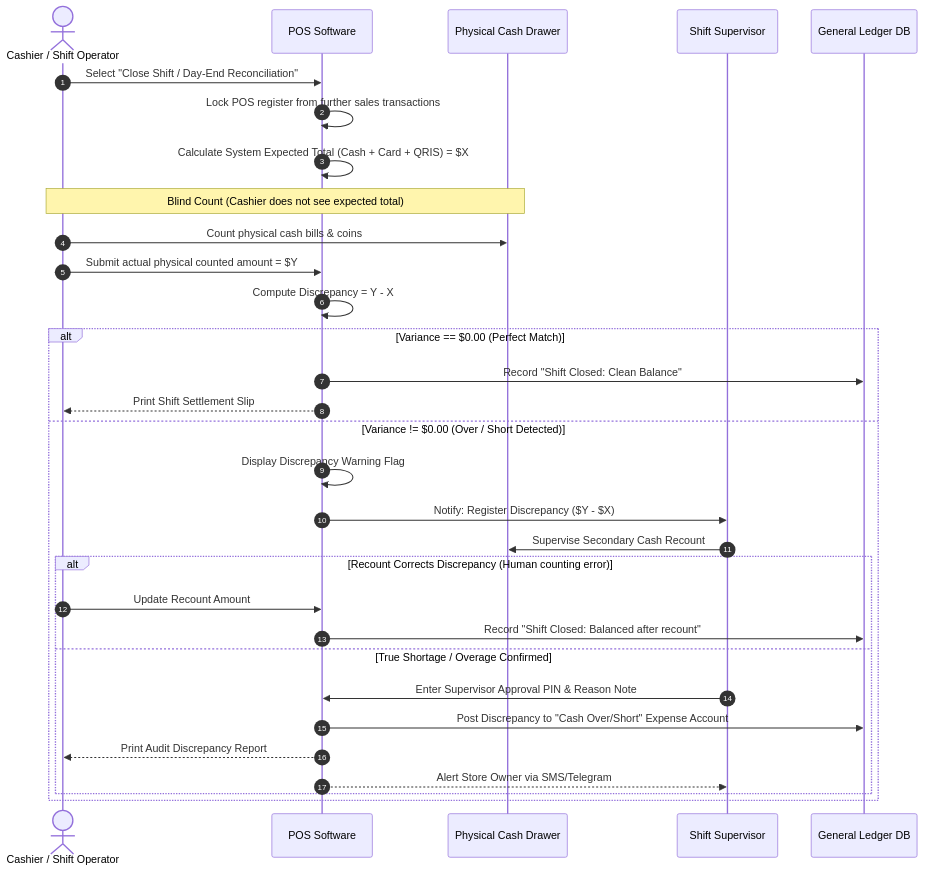
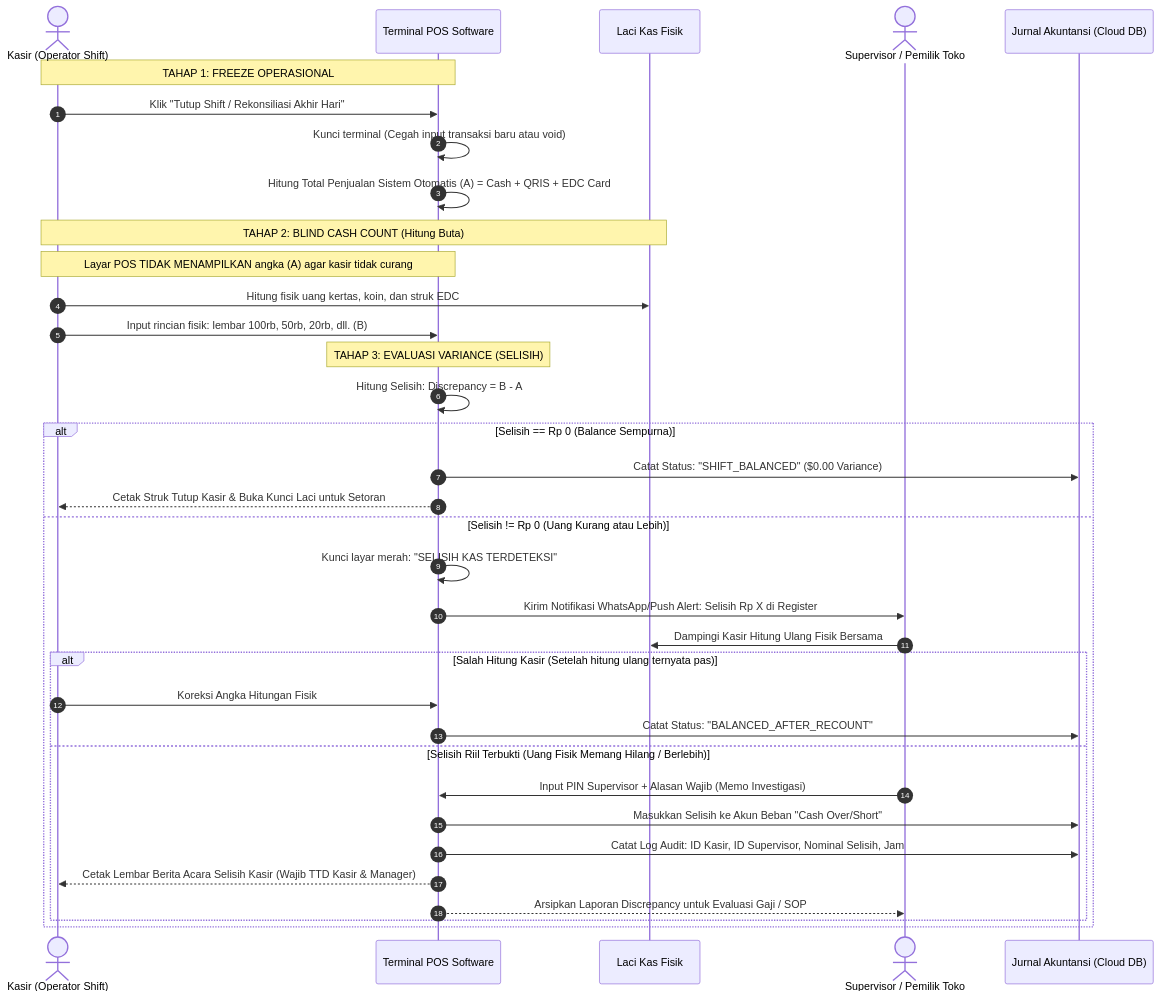
The diagram in 01-retail-and-pos/pos-daily-reconciliation.md (reviveproject4-source/visual-business-flows), drawn with Mermaid before and after one commit. The commit also changed other lines of this file and 4 other files, not shown here.

````diff
--- a/01-retail-and-pos/pos-daily-reconciliation.md
+++ b/01-retail-and-pos/pos-daily-reconciliation.md
@@ -10,36 +21,42 @@
 ```mermaid
 sequenceDiagram
     autonumber
-    actor Cashier as Cashier / Shift Operator
-    participant POS as POS Software
-    participant Drawer as Physical Cash Drawer
-    participant Manager as Shift Supervisor
-    participant Accounting as General Ledger DB
+    actor Cashier as Kasir (Operator Shift)
+    participant POS as Terminal POS Software
+    participant Drawer as Laci Kas Fisik
+    actor Manager as Supervisor / Pemilik Toko
+    participant Accounting as Jurnal Akuntansi (Cloud DB)
 
-    Cashier->>POS: Select "Close Shift / Day-End Reconciliation"
-    POS->>POS: Lock POS register from further sales transactions
-    POS->>POS: Calculate System Expected Total (Cash + Card + QRIS) = $X
+    Note over Cashier,POS: TAHAP 1: FREEZE OPERASIONAL
+    Cashier->>POS: Klik "Tutup Shift / Rekonsiliasi Akhir Hari"
+    POS->>POS: Kunci terminal (Cegah input transaksi baru atau void)
+    POS->>POS: Hitung Total Penjualan Sistem Otomatis (A) = Cash + QRIS + EDC Card
     
-    Note over Cashier,Drawer: Blind Count (Cashier does not see expected total)
-    Cashier->>Drawer: Count physical cash bills & coins
-    Cashier->>POS: Submit actual physical counted amount = $Y
+    Note over Cashier,Drawer: TAHAP 2: BLIND CASH COUNT (Hitung Buta)
+    Note over Cashier,POS: Layar POS TIDAK MENAMPILKAN angka (A) agar kasir tidak curang
+    Cashier->>Drawer: Hitung fisik uang kertas, koin, dan struk EDC
+    Cashier->>POS: Input rincian fisik: lembar 100rb, 50rb, 20rb, dll. (B)
     
-    POS->>POS: Compute Discrepancy = Y - X
-    alt Variance == $0.00 (Perfect Match)
-        POS->>Accounting: Record "Shift Closed: Clean Balance"
-        POS-->>Cashier: Print Shift Settlement Slip
-    else Variance != $0.00 (Over / Short Detected)
-        POS->>POS: Display Discrepancy Warning Flag
-        POS->>Manager: Notify: Register Discrepancy ($Y - $X)
-        Manager->>Drawer: Supervise Secondary Cash Recount
-        alt Recount Corrects Discrepancy (Human counting error)
-            Cashier->>POS: Update Recount Amount
-            POS->>Accounting: Record "Shift Closed: Balanced after recount"
-        else True Shortage / Overage Confirmed
-            Manager->>POS: Enter Supervisor Approval PIN & Reason Note
-            POS->>Accounting: Post Discrepancy to "Cash Over/Short" Expense Account
-            POS-->>Cashier: Print Audit Discrepancy Report
-            POS-->>Manager: Alert Store Owner via SMS/Telegram
+    Note over POS: TAHAP 3: EVALUASI VARIANCE (SELISIH)
+    POS->>POS: Hitung Selisih: Discrepancy = B - A
+    
+    alt Selisih == Rp 0 (Balance Sempurna)
+        POS->>Accounting: Catat Status: "SHIFT_BALANCED" ($0.00 Variance)
+        POS-->>Cashier: Cetak Struk Tutup Kasir & Buka Kunci Laci untuk Setoran
+    else Selisih != Rp 0 (Uang Kurang atau Lebih)
+        POS->>POS: Kunci layar merah: "SELISIH KAS TERDETEKSI"
+        POS->>Manager: Kirim Notifikasi WhatsApp/Push Alert: Selisih Rp X di Register #1
+        Manager->>Drawer: Dampingi Kasir Hitung Ulang Fisik Bersama
+        
+        alt Salah Hitung Kasir (Setelah hitung ulang ternyata pas)
+            Cashier->>POS: Koreksi Angka Hitungan Fisik
+            POS->>Accounting: Catat Status: "BALANCED_AFTER_RECOUNT"
+        else Selisih Riil Terbukti (Uang Fisik Memang Hilang / Berlebih)
+            Manager->>POS: Input PIN Supervisor + Alasan Wajib (Memo Investigasi)
+            POS->>Accounting: Masukkan Selisih ke Akun Beban "Cash Over/Short"
+            POS->>Accounting: Catat Log Audit: ID Kasir, ID Supervisor, Nominal Selisih, Jam
+            POS-->>Cashier: Cetak Lembar Berita Acara Selisih Kasir (Wajib TTD Kasir & Manager)
+            POS-->>Manager: Arsipkan Laporan Discrepancy untuk Evaluasi Gaji / SOP
         end
     end
 ```
````
